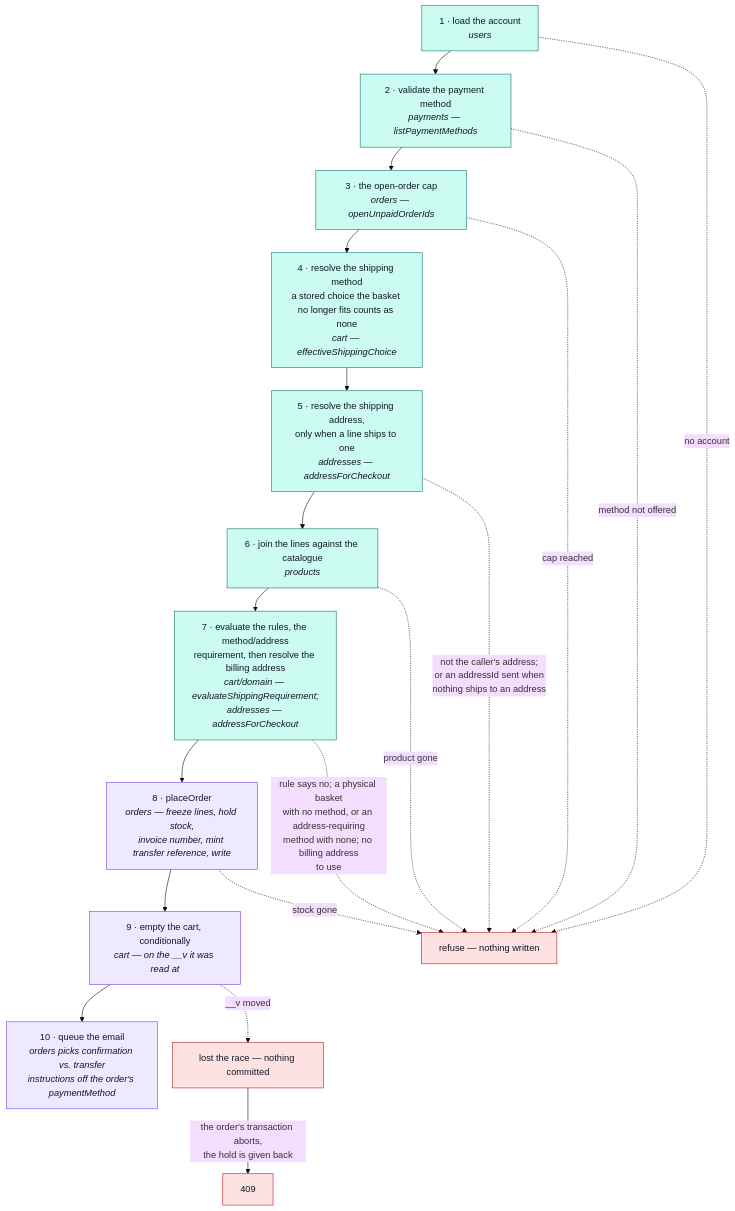
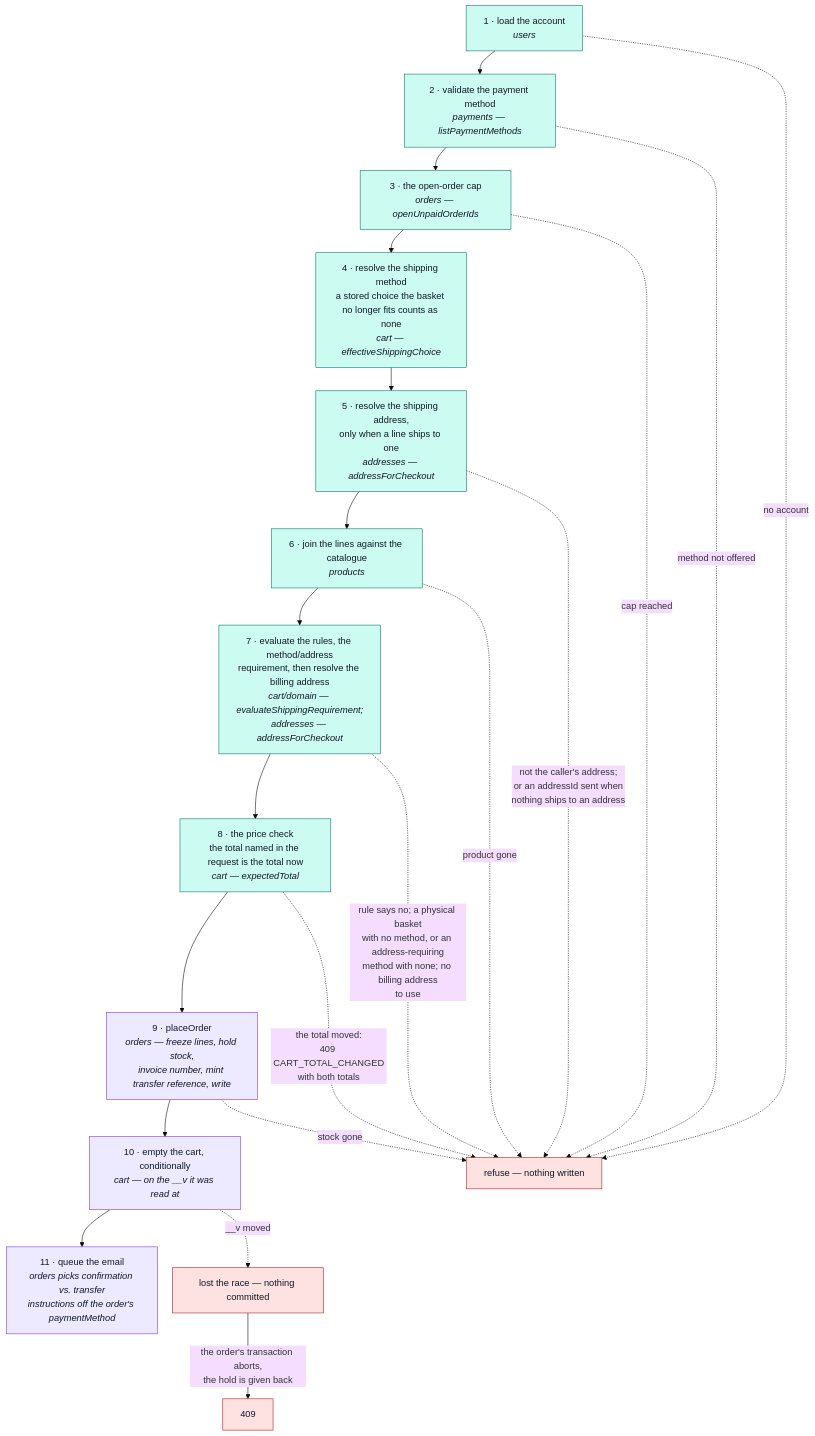
The diagram in docs/modules/cart-checkout.md (Guebbit/boilerplate-node-backend), drawn with Mermaid (base theme) before and after one commit. The commit also changed other lines of this file and 15 other files, not shown here.

First line of the commit message:
feat(cart): checkout names the total the buyer was shown, or answers CART_TOTAL_CHANGED

````diff
--- a/docs/modules/cart-checkout.md
+++ b/docs/modules/cart-checkout.md
@@ -25,33 +25,35 @@
 ```mermaid
 %%{init: {'flowchart': {'nodeSpacing': 26, 'rankSpacing': 40}}}%%
 flowchart TD
     A["1 · load the account<br/><i>users</i>"] --> P["2 · validate the payment method<br/><i>payments — listPaymentMethods</i>"]
     P --> Q["3 · the open-order cap<br/><i>orders — openUnpaidOrderIds</i>"]
     Q --> B["4 · resolve the shipping method<br/>a stored choice the basket no longer fits counts as none<br/><i>cart — effectiveShippingChoice</i>"]
     B --> C["5 · resolve the shipping address,<br/>only when a line ships to one<br/><i>addresses — addressForCheckout</i>"]
     C --> D["6 · join the lines against the catalogue<br/><i>products</i>"]
     D --> E["7 · evaluate the rules, the method/address<br/>requirement, then resolve the billing address<br/><i>cart/domain — evaluateShippingRequirement;<br/>addresses — addressForCheckout</i>"]
-    E --> F["8 · placeOrder<br/><i>orders — freeze lines, hold stock,<br/>invoice number, mint transfer reference, write</i>"]
-    F --> H["9 · empty the cart, conditionally<br/><i>cart — on the __v it was read at</i>"]
-    H --> I["10 · queue the email<br/><i>orders picks confirmation vs. transfer<br/>instructions off the order's paymentMethod</i>"]
+    E --> T["8 · the price check<br/>the total named in the request is the total now<br/><i>cart — expectedTotal</i>"]
+    T --> F["9 · placeOrder<br/><i>orders — freeze lines, hold stock,<br/>invoice number, mint transfer reference, write</i>"]
+    F --> H["10 · empty the cart, conditionally<br/><i>cart — on the __v it was read at</i>"]
+    H --> I["11 · queue the email<br/><i>orders picks confirmation vs. transfer<br/>instructions off the order's paymentMethod</i>"]
 
     R["refuse — nothing written"]
     A -.->|"no account"| R
     P -.->|"method not offered"| R
     Q -.->|"cap reached"| R
         C -.->|"not the caller's address;<br/>or an addressId sent when<br/>nothing ships to an address"| R
     D -.->|"product gone"| R
     E -.->|"rule says no; a physical basket<br/>with no method, or an address-requiring<br/>method with none; no billing address<br/>to use"| R
+    T -.->|"the total moved:<br/>409 CART_TOTAL_CHANGED<br/>with both totals"| R
     F -.->|"stock gone"| R
 
     L["lost the race — nothing committed"]
     H -.->|"__v moved"| L
     L -->|"the order's transaction aborts,<br/>the hold is given back"| M["409"]
 
     classDef read fill:#ccfbf1,stroke:#0f766e,color:#111827;
     classDef write fill:#ede9fe,stroke:#7c3aed,color:#111827;
     classDef bad fill:#fee2e2,stroke:#b91c1c,color:#111827;
-    class A,P,Q,B,C,D,E read;
+    class A,P,Q,B,C,D,E,T read;
     class F,H,I write;
     class R,L,M bad;
 ```
````
